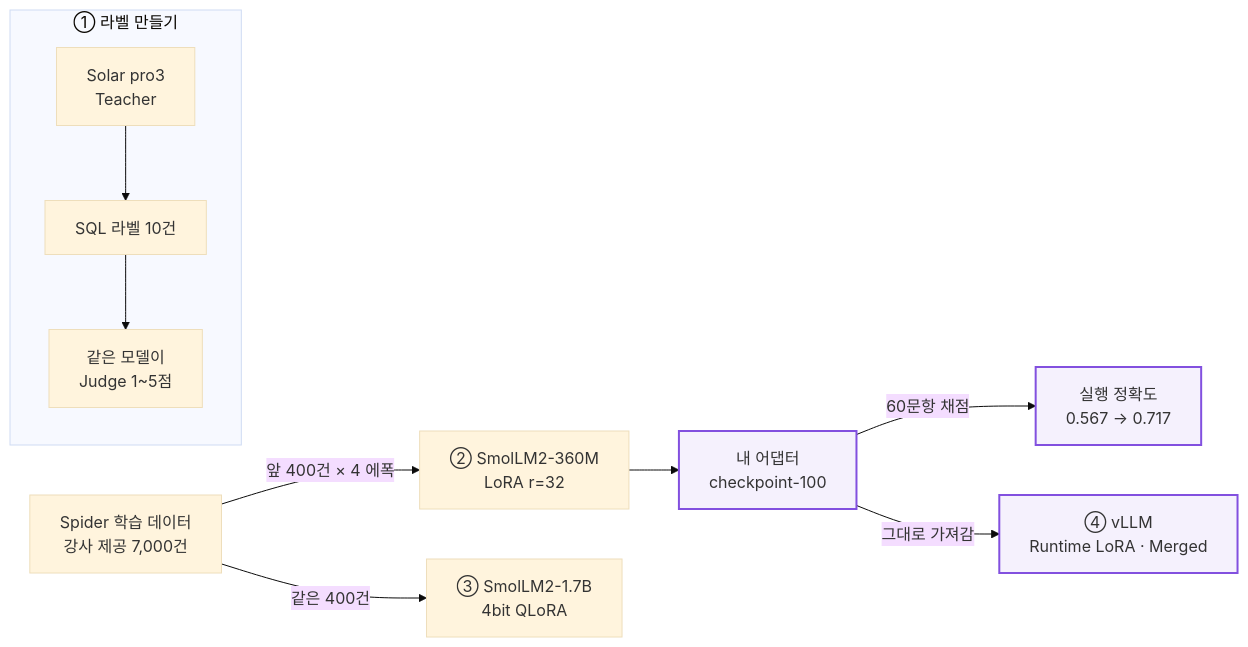
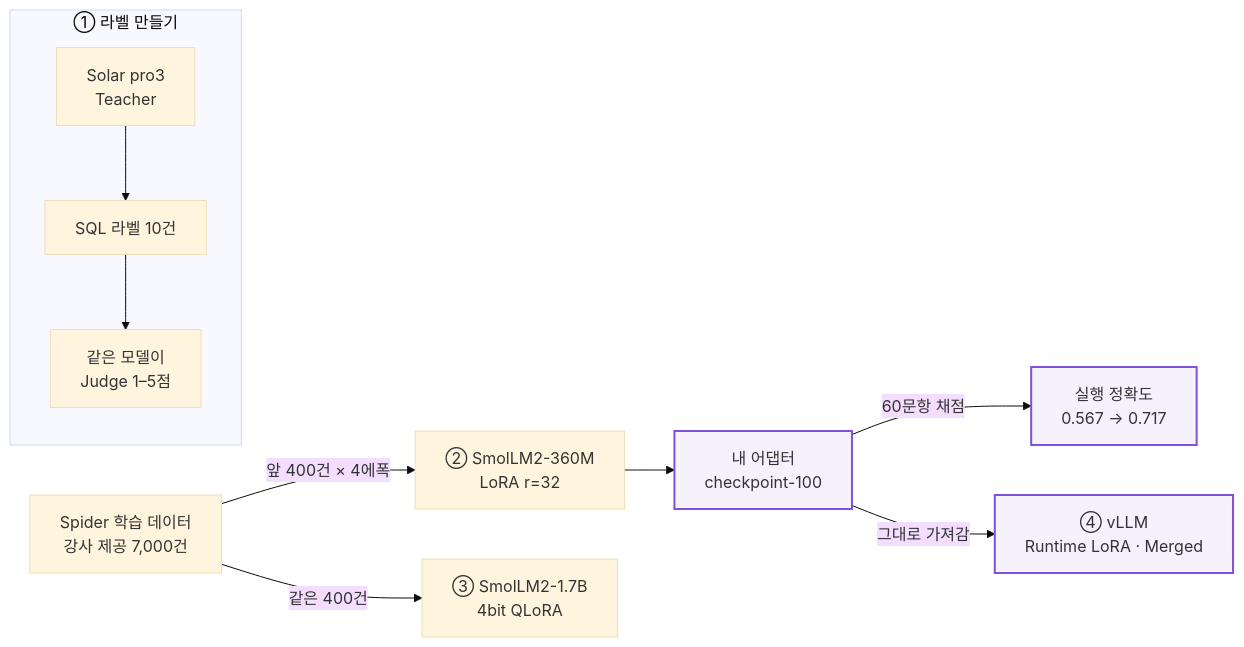
Before and after one commit to handongin1500/handongin1500: the second of 2 diagrams in AI_PORTFOLIO.md, drawn with Mermaid (base theme). The commit also changed other lines of this file and 3 other files, not shown here.

````diff
--- a/AI_PORTFOLIO.md
+++ b/AI_PORTFOLIO.md
@@ -255,13 +259,13 @@
 ```mermaid
 flowchart LR
   subgraph S1["① 라벨 만들기"]
-    T["Solar pro3<br/>Teacher"] --> L["SQL 라벨 10건"] --> J["같은 모델이<br/>Judge 1~5점"]
+    T["Solar pro3<br/>Teacher"] --> L["SQL 라벨 10건"] --> J["같은 모델이<br/>Judge 1–5점"]
   end
-  D["Spider 학습 데이터<br/>강사 제공 7,000건"] -->|"앞 400건 × 4 에폭"| A["② SmolLM2-360M<br/>LoRA r=32"]
+  D["Spider 학습 데이터<br/>강사 제공 7,000건"] -->|"앞 400건 × 4에폭"| A["② SmolLM2-360M<br/>LoRA r=32"]
   A --> AD["내 어댑터<br/>checkpoint-100"]
   AD -->|"60문항 채점"| EV["실행 정확도<br/>0.567 → 0.717"]
   D -->|"같은 400건"| Q["③ SmolLM2-1.7B<br/>4bit QLoRA"]
   AD -->|"그대로 가져감"| V["④ vLLM<br/>Runtime LoRA · Merged"]
   classDef mine fill:#8250DF14,stroke:#8250DF,stroke-width:2px
   class AD,EV,V mine
 ```
````
